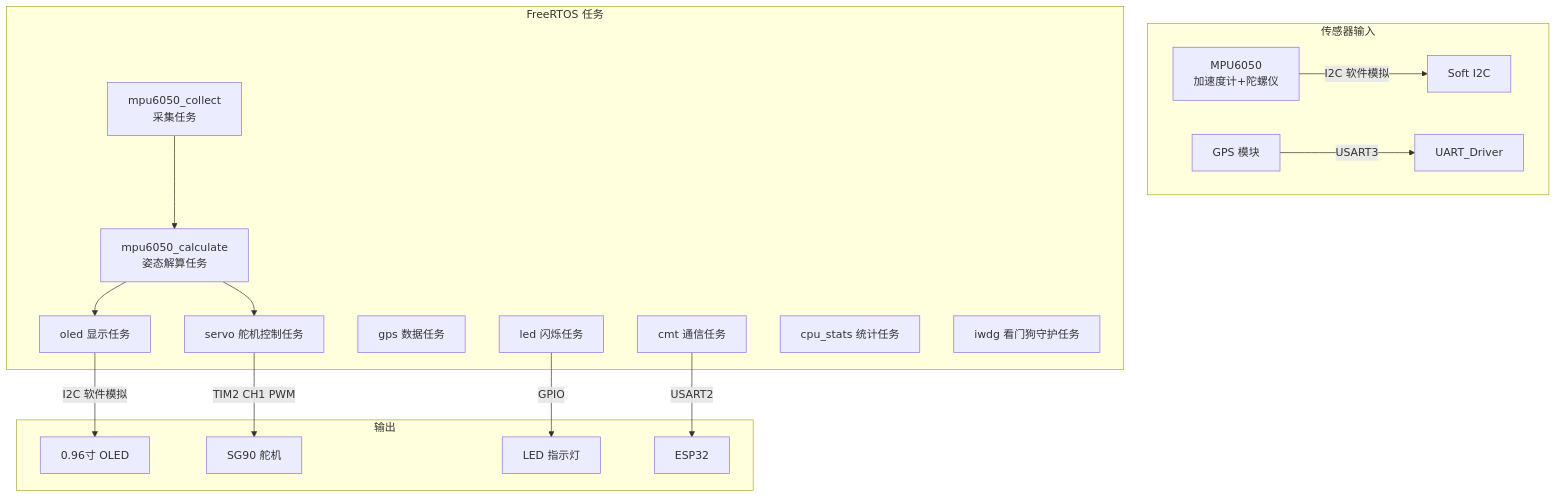
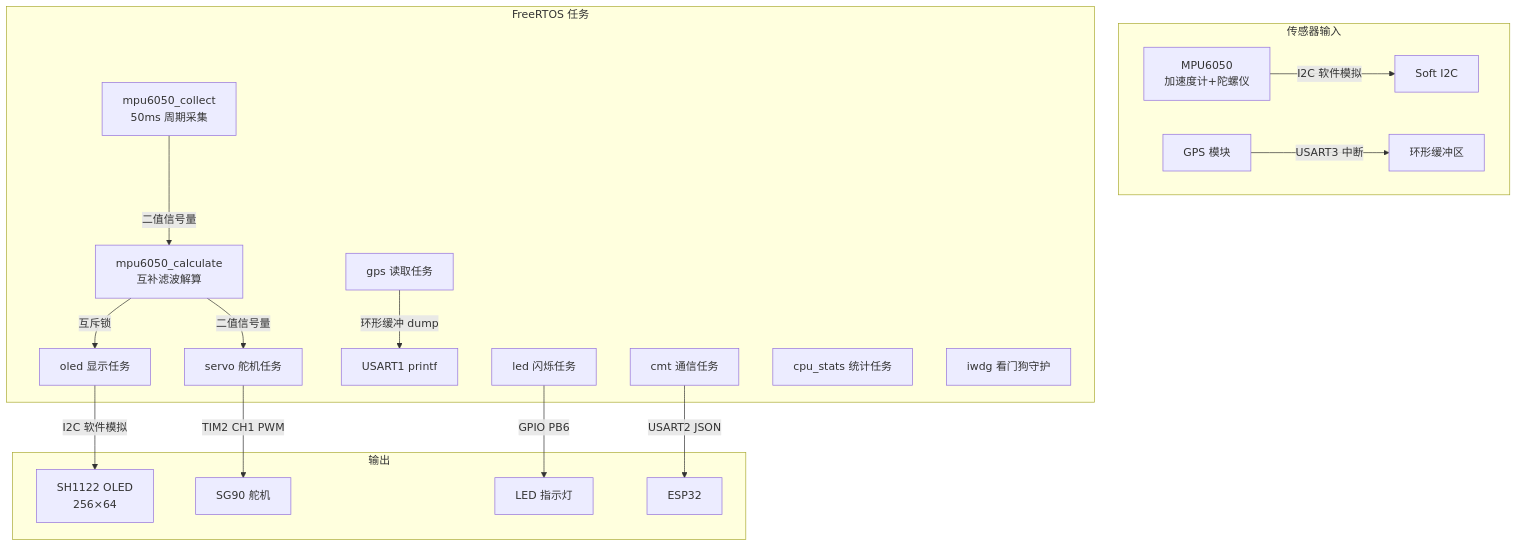
Before and after one commit to lilinng-163/mpu6050-gps: the diagram in README.md, drawn with Mermaid. The commit also changed other lines of this file and 44 other files, not shown here.

````diff
--- a/README.md
+++ b/README.md
@@ -20,25 +20,25 @@
 ```mermaid
 graph TD
     subgraph 传感器输入
-        MPU6050[MPU6050<br/>加速度计+陀螺仪] -->|I2C 软件模拟| I2C_Driver[Soft I2C]
-        GPS[GPS 模块] -->|USART3| UART_Driver
+        MPU6050[MPU6050<br/>加速度计+陀螺仪] -->|I2C 软件模拟| I2C[Soft I2C]
+        GPS[GPS 模块] -->|USART3 中断| RingBuf[环形缓冲区]
     end
 
     subgraph FreeRTOS 任务
-        Collect[mpu6050_collect<br/>采集任务] --> Calc[mpu6050_calculate<br/>姿态解算任务]
-        Calc --> OLED[oled 显示任务]
-        Calc --> Servo[servo 舵机控制任务]
-        GPS_Task[gps 数据任务]
+        Collect[mpu6050_collect<br/>50ms 周期采集] -->|二值信号量| Calc[mpu6050_calculate<br/>互补滤波解算]
+        Calc -->|互斥锁| OLED[oled 显示任务]
+        Calc -->|二值信号量| Servo[servo 舵机任务]
+        GPS_Task[gps 读取任务] -->|环形缓冲 dump| UART1[USART1 printf]
         LED_Task[led 闪烁任务]
         CMT_Task[cmt 通信任务]
         Stats[cpu_stats 统计任务]
-        WD[iwdg 看门狗守护任务]
+        WD[iwdg 看门狗守护]
     end
 
     subgraph 输出
-        OLED -->|I2C 软件模拟| Display[0.96寸 OLED]
+        OLED -->|I2C 软件模拟| Display[SH1122 OLED<br/>256×64]
         Servo -->|TIM2 CH1 PWM| ServoMotor[SG90 舵机]
-        LED_Task -->|GPIO| LED[LED 指示灯]
-        CMT_Task -->|USART2| ESP32[ESP32]
+        LED_Task -->|GPIO PB6| LED[LED 指示灯]
+        CMT_Task -->|USART2 JSON| ESP32[ESP32]
     end
 ```
````
